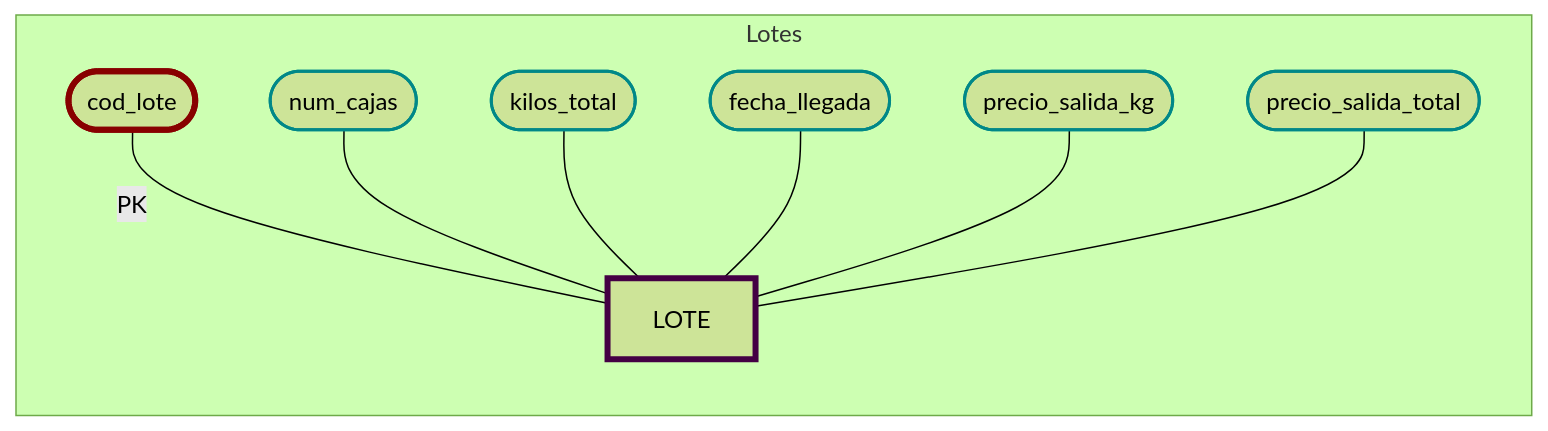
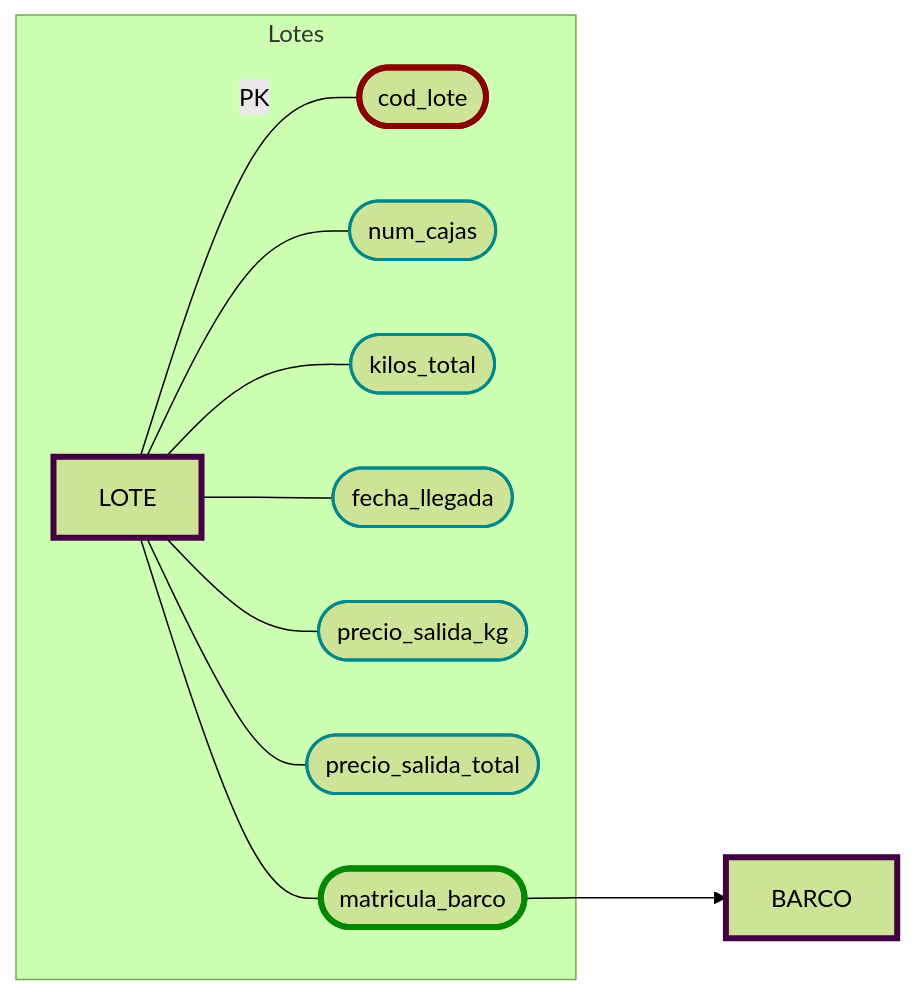
The first of 14 diagrams in DataBases/lonja_DB.md (JulTob/Data), drawn with Mermaid (forest theme) before and after one commit. The commit also changed other lines of this file, not shown here.

````diff
--- a/DataBases/lonja_DB.md
+++ b/DataBases/lonja_DB.md
@@ -28,18 +35,25 @@
 ```mermaid
 flowchart LR
   classDef atributo stroke:#088,stroke-width:2px;
   classDef pk stroke:#800,stroke-width:4px;
   classDef entidad stroke:#404,stroke-width:4px;
   classDef relacion stroke:#840,stroke-width:2px;
+  classDef fk stroke:#080,stroke-width:4px;
 
   %% Atributos LOTE
   subgraph Lotes
     Lote[LOTE]:::entidad
-    cod_lote([cod_lote]):::pk ---|PK| Lote
-    num_cajas([num_cajas]):::atributo --- Lote
-    kilos_total([kilos_total]):::atributo --- Lote
-    fecha_llegada([fecha_llegada]):::atributo --- Lote
-    precio_salida_kg([precio_salida_kg]):::atributo --- Lote
-    precio_salida_total([precio_salida_total]):::atributo --- Lote
-    end
+    Lote ---|PK| cod_lote([cod_lote]):::pk   
+    Lote --- num_cajas([num_cajas]):::atributo  
+    Lote --- kilos_total([kilos_total]):::atributo  
+    Lote --- fecha_llegada([fecha_llegada]):::atributo  
+    Lote --- precio_salida_kg([precio_salida_kg]):::atributo  
+    Lote --- precio_salida_total([precio_salida_total]):::atributo  
+    Lote --- matricula_barco([matricula_barco]):::fk  
+
+    end 
+
+matricula_barco ---> Barco
+Barco[BARCO]:::entidad
+
 ```
````
